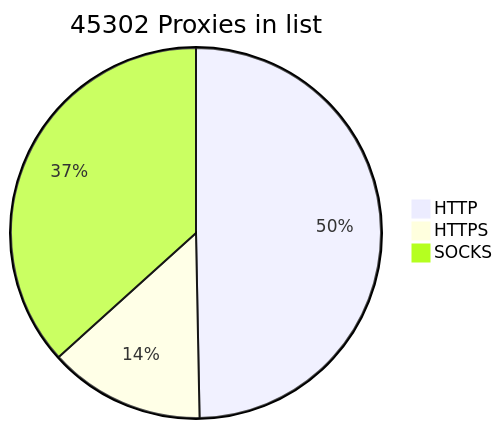
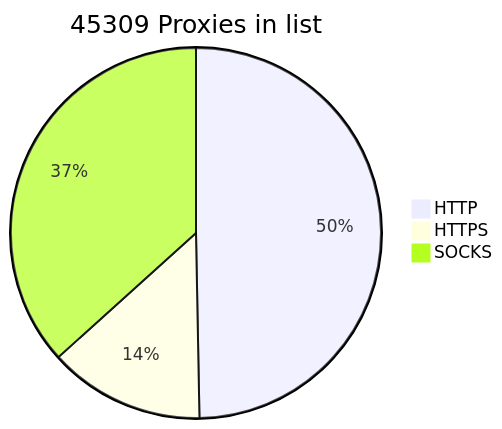
The diagram in README.md (BlackSnowDot/proxylist-update-every-minute), drawn with Mermaid before and after one commit.

````diff
--- a/README.md
+++ b/README.md
@@ -2,6 +2,6 @@
 ```mermaid
-pie title 45302 Proxies in list
-    "HTTP" : 25094
+pie title 45309 Proxies in list
+    "HTTP" : 25103
     "HTTPS": 6877
     "SOCKS" : 18528
 ```
````
